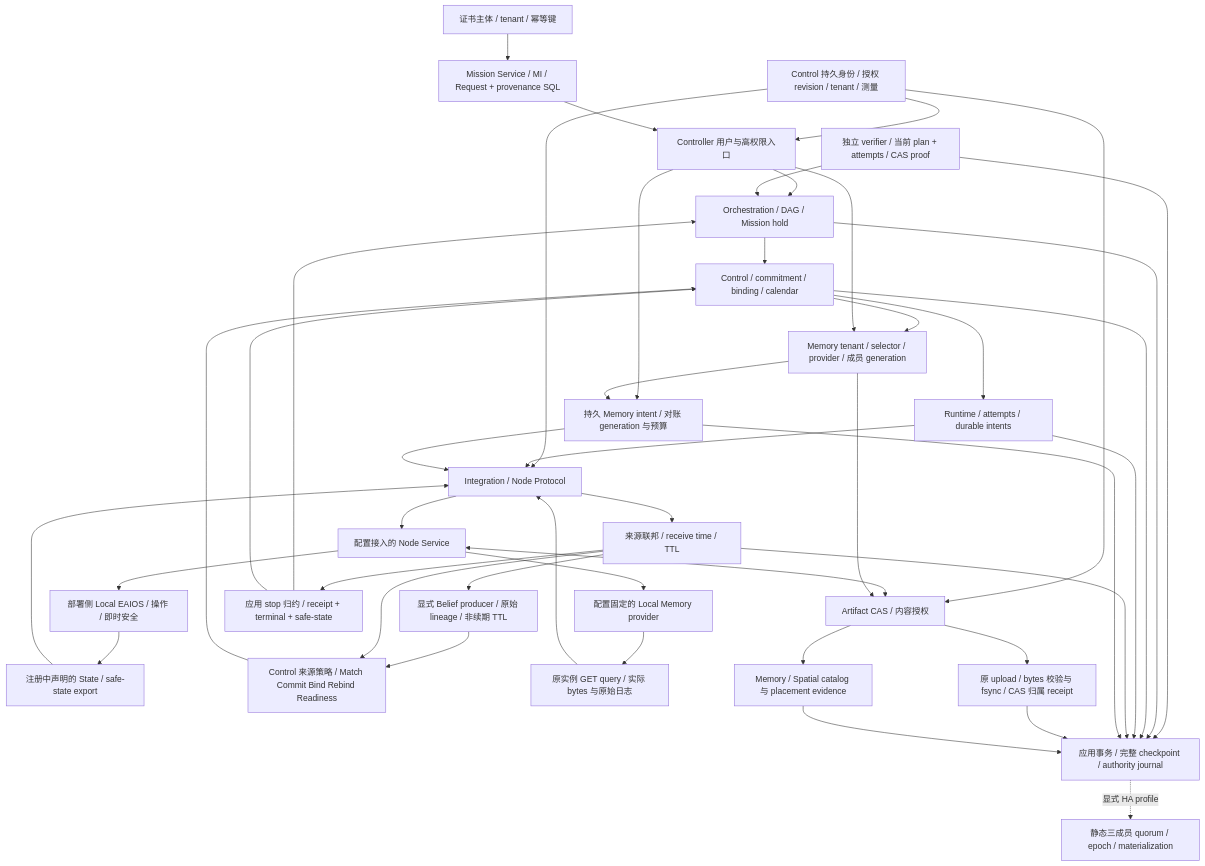
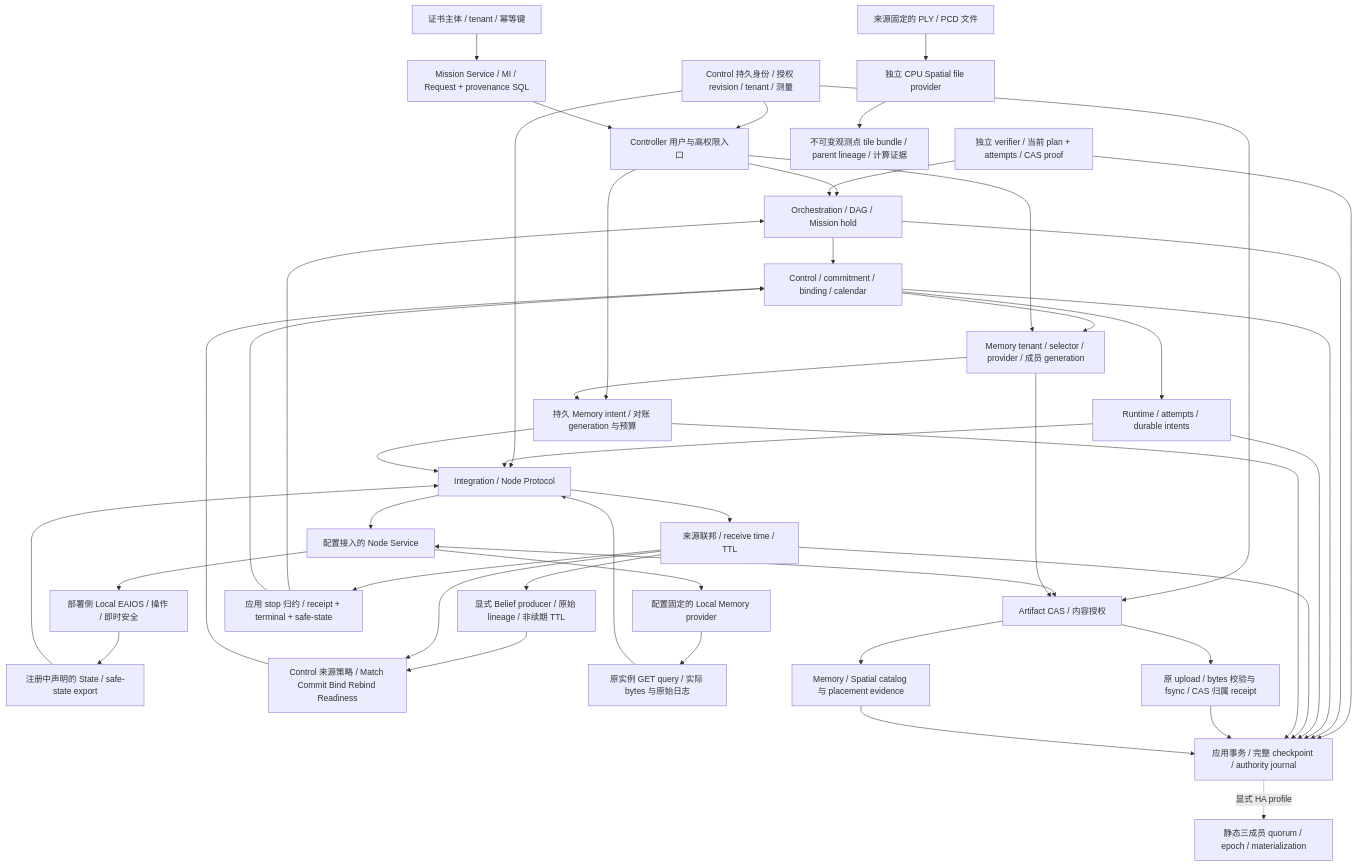
The diagram in docs/architecture/v2/implementation-topology.md (Farewell-CK/RoboGuide), drawn with Mermaid before and after one commit. The commit also changed other lines of this file and 15 other files, not shown here.

````diff
--- a/docs/architecture/v2/implementation-topology.md
+++ b/docs/architecture/v2/implementation-topology.md
@@ -7,46 +7,48 @@
 ```mermaid
 flowchart TB
   Client[证书主体 / tenant / 幂等键] --> MI[Mission Service / MI / Request + provenance SQL]
   ID[Control 持久身份 / 授权 revision / tenant / 测量] --> Entry
   ID --> PROTO
   ID --> ART
   MI --> Entry[Controller 用户与高权限入口]
   Entry --> ORCH[Orchestration / DAG / Mission hold]
   ORCH --> CTRL[Control / commitment / binding / calendar]
   CTRL --> RT[Runtime / attempts / durable intents]
   RT --> PROTO[Integration / Node Protocol]
   PROTO --> NODE[配置接入的 Node Service]
   NODE --> LOCAL[部署侧 Local EAIOS / 操作 / 即时安全]
   LOCAL --> OBS[注册中声明的 State / safe-state export]
   OBS --> PROTO
   PROTO --> STATE[来源联邦 / receive time / TTL]
   STATE --> BELIEF[显式 Belief producer / 原始 lineage / 非续期 TTL]
   BELIEF --> GATE[Control 来源策略 / Match Commit Bind Rebind Readiness]
   STATE --> GATE
   GATE --> CTRL
   VERIFY[独立 verifier / 当前 plan + attempts / CAS proof] --> ORCH
   VERIFY --> SQL
   STATE --> STOP[应用 stop 归约 / receipt + terminal + safe-state]
   STOP --> ORCH
   STOP --> CTRL
   ORCH --> SQL[应用事务 / 完整 checkpoint / authority journal]
   CTRL --> SQL
   RT --> SQL
   STATE --> SQL
   SQL -. 显式 HA profile .-> HA[静态三成员 quorum / epoch / materialization]
   NODE <--> ART[Artifact CAS / 内容授权]
   NODE --> MEM[配置固定的 Local Memory provider]
   MEM --> QUERY[原实例 GET query / 实际 bytes 与原始日志]
   QUERY --> PROTO
   Entry --> MINT[持久 Memory intent / 对账 generation 与预算]
   MINT --> SQL
   MINT --> PROTO
   CTRL --> MAUTH[Memory tenant / selector / provider / 成员 generation]
   Entry --> MAUTH
   MAUTH --> MINT
   MAUTH --> ART
   ART --> UPLOAD[原 upload / bytes 校验与 fsync / CAS 归属 receipt]
   UPLOAD --> SQL
   ART --> CAT[Memory / Spatial catalog 与 placement evidence]
   CAT --> SQL
+  FILES[来源固定的 PLY / PCD 文件] --> SP[独立 CPU Spatial file provider]
+  SP --> BUNDLE[不可变观测点 tile bundle / parent lineage / 计算证据]
 ```
````
